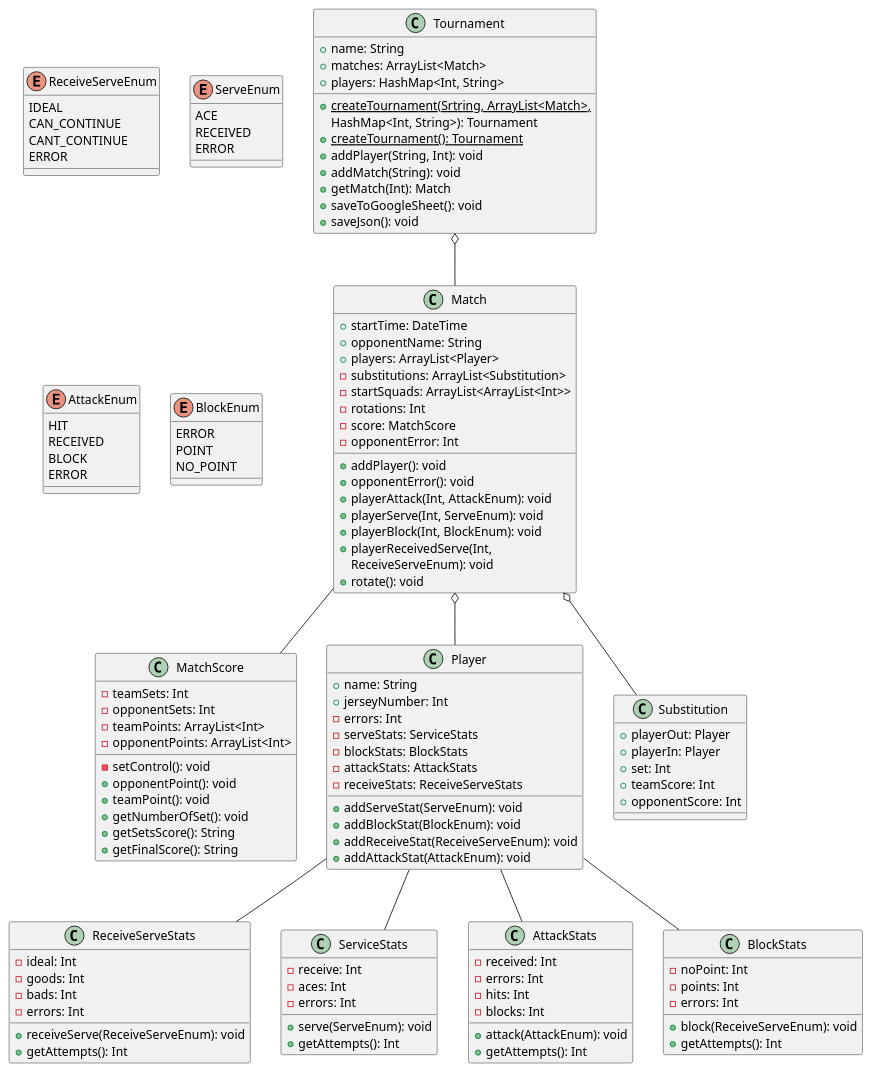
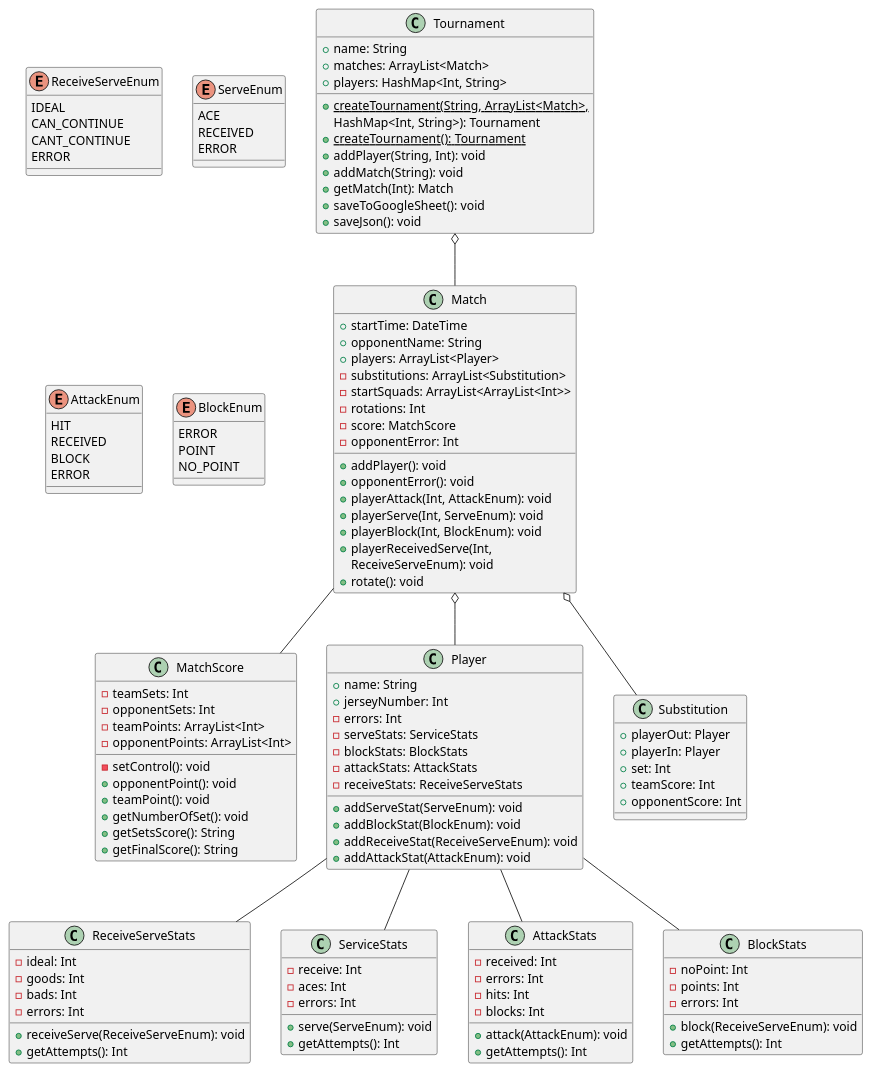
One commit to JanReisiegel/VolleyballHelper changed the diagram in app/src/main/java/com/reisiegel/volleyballhelper/models/class_diagram.puml. Above: the diagram before and after it, drawn with PlantUML. The commit also changed 2 other files, not shown here.

```diff
--- a/app/src/main/java/com/reisiegel/volleyballhelper/models/class_diagram.puml
+++ b/app/src/main/java/com/reisiegel/volleyballhelper/models/class_diagram.puml
@@ -1,139 +1,139 @@
 @startuml
 class Tournament{
     + name: String
     + matches: ArrayList<Match>
     + players: HashMap<Int, String>
-    + {static} createTournament(Srtring, ArrayList<Match>,
+    + {static} createTournament(String, ArrayList<Match>,
     HashMap<Int, String>): Tournament
     + {static} createTournament(): Tournament
     + addPlayer(String, Int): void
     + addMatch(String): void
     + getMatch(Int): Match
     + saveToGoogleSheet(): void
     + saveJson(): void
 }
 
 class Match{
     + startTime: DateTime
     + opponentName: String
     + players: ArrayList<Player>
     - substitutions: ArrayList<Substitution>
     - startSquads: ArrayList<ArrayList<Int>>
     - rotations: Int
     - score: MatchScore
     - opponentError: Int
     + addPlayer(): void
     + opponentError(): void
     + playerAttack(Int, AttackEnum): void
     + playerServe(Int, ServeEnum): void
     + playerBlock(Int, BlockEnum): void
     + playerReceivedServe(Int,
         ReceiveServeEnum): void
     + rotate(): void
 }
 
 class MatchScore{
     - teamSets: Int
     - opponentSets: Int
     - teamPoints: ArrayList<Int>
     - opponentPoints: ArrayList<Int>
     - setControl(): void
     + opponentPoint(): void
     + teamPoint(): void
     + getNumberOfSet(): void
     + getSetsScore(): String
     + getFinalScore(): String
 }
 
 class Player{
     + name: String
     + jerseyNumber: Int
     - errors: Int
     - serveStats: ServiceStats
     - blockStats: BlockStats
     - attackStats: AttackStats
     - receiveStats: ReceiveServeStats
     + addServeStat(ServeEnum): void
     + addBlockStat(BlockEnum): void
     + addReceiveStat(ReceiveServeEnum): void
     + addAttackStat(AttackEnum): void
 }
 
 class ReceiveServeStats{
     - ideal: Int
     - goods: Int
     - bads: Int
     - errors: Int
     + receiveServe(ReceiveServeEnum): void
     + getAttempts(): Int
 }
 class ServiceStats{
     - receive: Int
     - aces: Int
     - errors: Int
     + serve(ServeEnum): void
     + getAttempts(): Int
 }
 class AttackStats{
     - received: Int
     - errors: Int
     - hits: Int
     - blocks: Int
     + attack(AttackEnum): void
     + getAttempts(): Int
 }
 class BlockStats{
     - noPoint: Int
     - points: Int
     - errors: Int
     + block(ReceiveServeEnum): void
     + getAttempts(): Int
 }
 
 class Substitution{
     + playerOut: Player
     + playerIn: Player
     + set: Int
     + teamScore: Int
     + opponentScore: Int
 }
 
 enum ReceiveServeEnum{
     IDEAL
     CAN_CONTINUE
     CANT_CONTINUE
     ERROR
 }
 
 enum ServeEnum{
     ACE
     RECEIVED
     ERROR
 }
 
 enum AttackEnum{
     HIT
     RECEIVED
     BLOCK
     ERROR
 }
 
 enum BlockEnum{
     ERROR
     POINT
     NO_POINT
 }
 
 Player -- ReceiveServeStats
 Player -- AttackStats
 Player -- BlockStats
 Player -- ServiceStats
 
 Tournament o-- Match
 Match o-- Player
 
 Match -- MatchScore
 Match o-- Substitution
 
 
 @enduml
```
